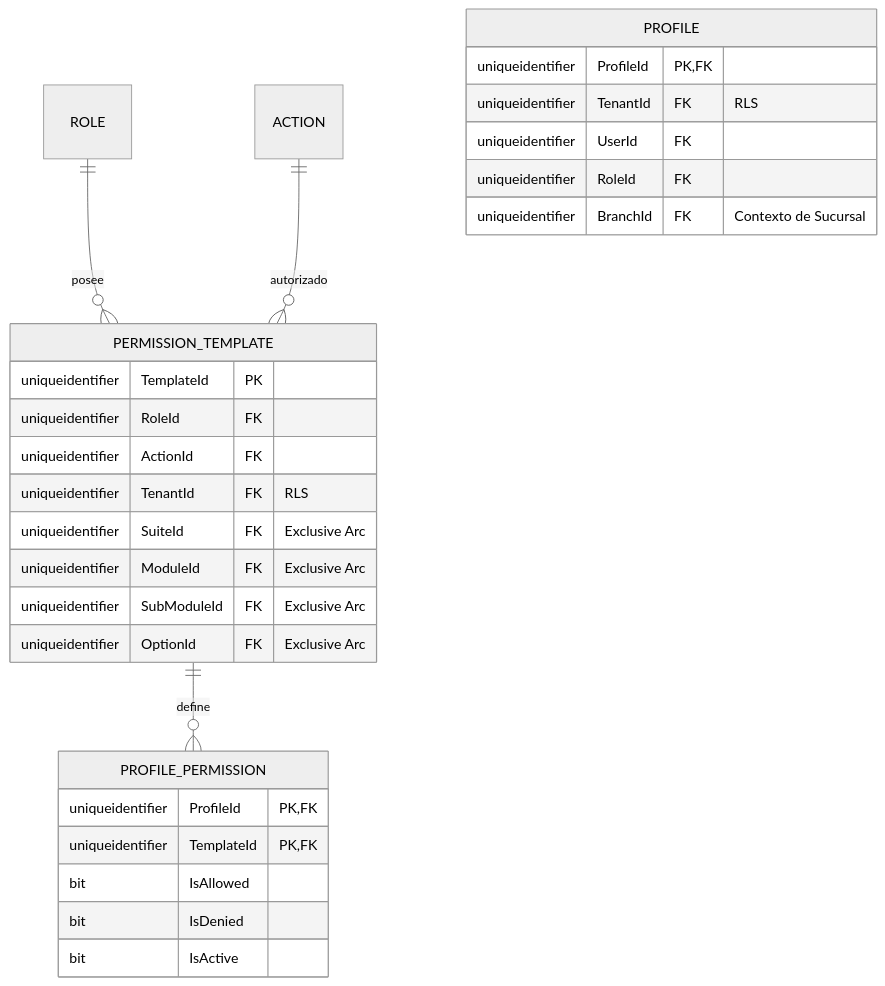
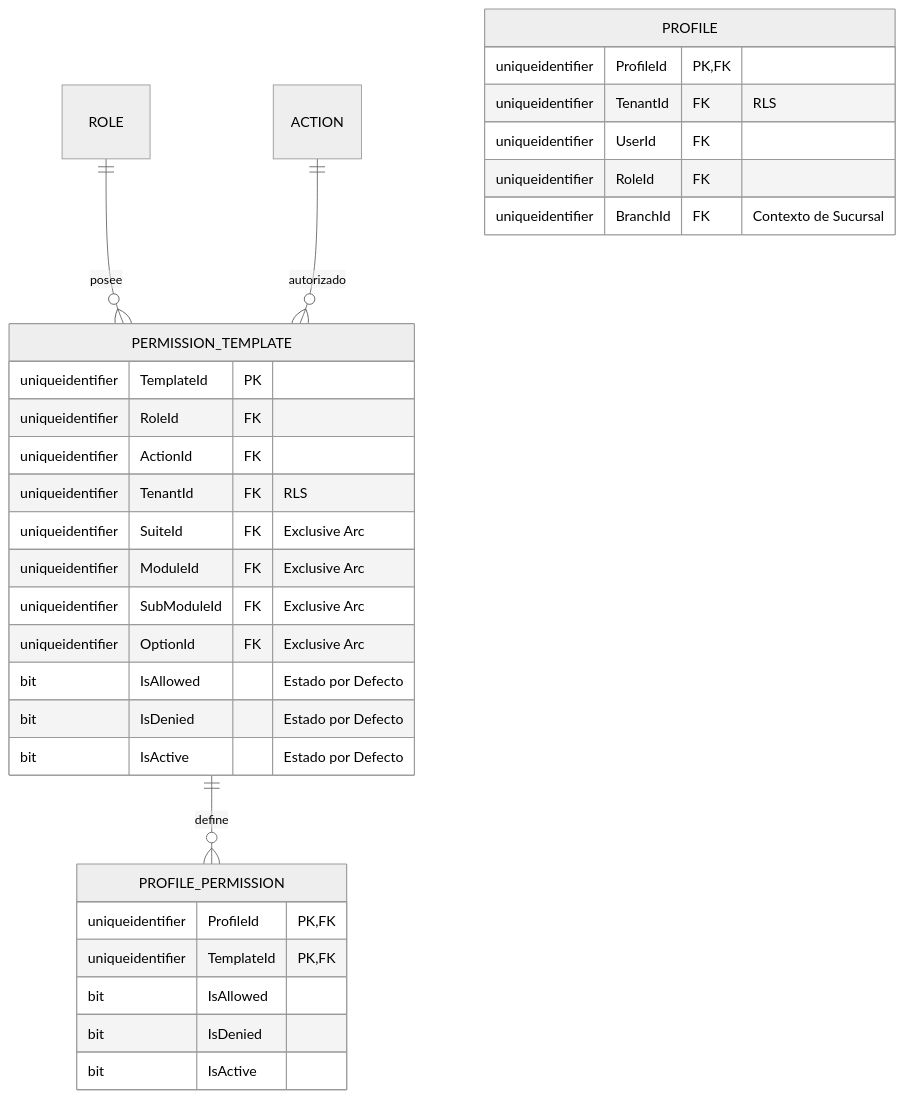
The second of 3 diagrams in architecture/blueprints-es/database-design-er.md (beyondnetcode/ums), drawn with Mermaid (neutral theme) before and after one commit. The commit also changed 2 other files, not shown here.

Commit message:
feat(auth): add default authorization bits (IsAllowed, IsDenied, IsActive) to PERMISSION_TEMPLATE to enable migration to PROFILE_PERMISSION

````diff
--- a/architecture/blueprints-es/database-design-er.md
+++ b/architecture/blueprints-es/database-design-er.md
@@ -52,33 +52,36 @@
 ```mermaid
 erDiagram
     ROLE ||--o{ PERMISSION_TEMPLATE : "posee"
     PERMISSION_TEMPLATE ||--o{ PROFILE_PERMISSION : "define"
     ACTION ||--o{ PERMISSION_TEMPLATE : "autorizado"
     
     PERMISSION_TEMPLATE {
         uniqueidentifier TemplateId PK
         uniqueidentifier RoleId FK
         uniqueidentifier ActionId FK
         uniqueidentifier TenantId FK "RLS"
         uniqueidentifier SuiteId FK "Exclusive Arc"
         uniqueidentifier ModuleId FK "Exclusive Arc"
         uniqueidentifier SubModuleId FK "Exclusive Arc"
         uniqueidentifier OptionId FK "Exclusive Arc"
+        bit IsAllowed "Estado por Defecto"
+        bit IsDenied "Estado por Defecto"
+        bit IsActive "Estado por Defecto"
     }
     
     PROFILE {
         uniqueidentifier ProfileId PK, FK
         uniqueidentifier TenantId FK "RLS"
         uniqueidentifier UserId FK
         uniqueidentifier RoleId FK
         uniqueidentifier BranchId FK "Contexto de Sucursal"
     }
     
     PROFILE_PERMISSION {
         uniqueidentifier ProfileId PK, FK
         uniqueidentifier TemplateId PK, FK
         bit IsAllowed
         bit IsDenied
         bit IsActive
     }
 ```
````
